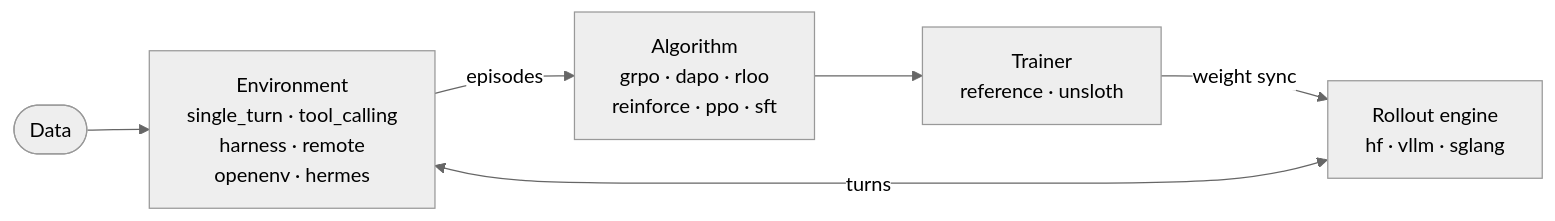
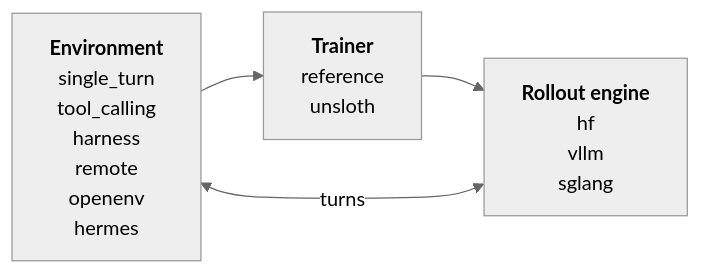
One commit to ysjprojects/monorl changed the diagram in README.md. Above: the diagram before and after it, drawn with Mermaid (neutral theme). The commit also changed other lines of this file, not shown here.

Commit message:
readme: a loop diagram that GitHub renders at full size
GitHub's mermaid viewer wraps node labels at 120px and scales a wide diagram down to the
page: the first version came out at 0.66 scale with its last node under the pan/zoom
controls. Three nodes with one option per line stay 632px wide, so the diagram is drawn at
full size, centred and clear of the controls. Algorithms and pipeline backends moved to
the caption.

````diff
--- a/README.md
+++ b/README.md
@@ -17,8 +17,17 @@
 ```mermaid
 flowchart LR
-    data(["Data"]) --> env["Environment<br/>single_turn · tool_calling<br/>harness · remote<br/>openenv · hermes"]
-    env -->|episodes| algo["Algorithm<br/>grpo · dapo · rloo<br/>reinforce · ppo · sft"]
-    algo --> trainer["Trainer<br/>reference · unsloth"]
-    trainer -->|weight sync| engine["Rollout engine<br/>hf · vllm · sglang"]
+    env["`**Environment**
+    single_turn
+    tool_calling
+    harness
+    remote
+    openenv
+    hermes`"] --> trainer["`**Trainer**
+    reference
+    unsloth`"]
+    trainer --> engine["`**Rollout engine**
+    hf
+    vllm
+    sglang`"]
     engine <-->|turns| env
 ```
````
